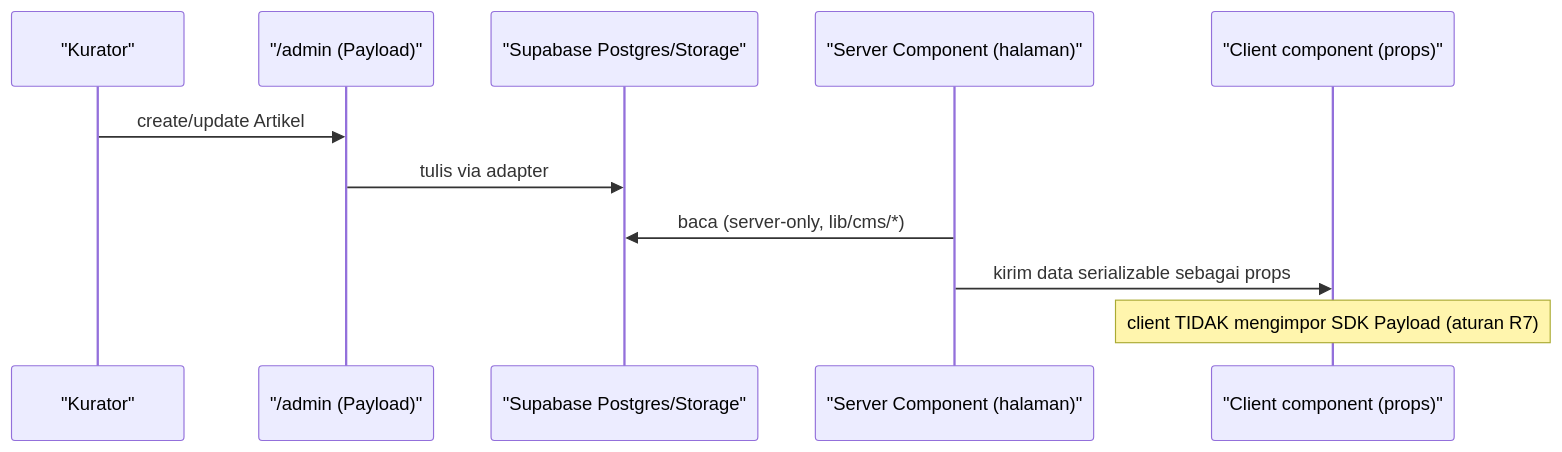
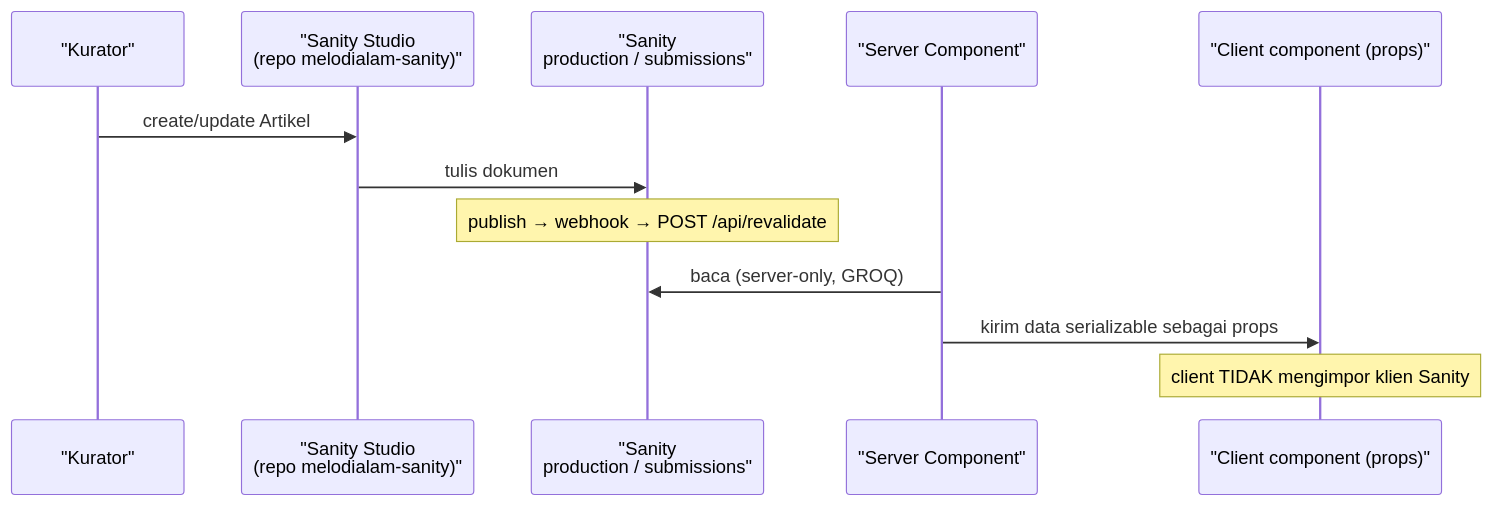
One commit to albiruby/melodialam-website changed the fifth of 5 diagrams in docs/FRONTEND-PLAN.md. Above: the diagram before and after it, drawn with Mermaid. The commit also changed other lines of this file and 23 other files, not shown here.

````diff
--- a/docs/FRONTEND-PLAN.md
+++ b/docs/FRONTEND-PLAN.md
@@ -608,14 +750,15 @@
 ```mermaid
 sequenceDiagram
   participant Cur as "Kurator"
-  participant Adm as "/admin (Payload)"
-  participant SB as "Supabase Postgres/Storage"
-  participant RSC as "Server Component (halaman)"
+  participant St as "Sanity Studio<br/>(repo melodialam-sanity)"
+  participant SN as "Sanity<br/>production / submissions"
+  participant RSC as "Server Component"
   participant CC as "Client component (props)"
 
-  Cur->>Adm: create/update Artikel
-  Adm->>SB: tulis via adapter
-  RSC->>SB: baca (server-only, lib/cms/*)
+  Cur->>St: create/update Artikel
+  St->>SN: tulis dokumen
+  Note over SN: publish → webhook → POST /api/revalidate
+  RSC->>SN: baca (server-only, GROQ)
   RSC->>CC: kirim data serializable sebagai props
-  Note over CC: client TIDAK mengimpor SDK Payload (aturan R7)
+  Note over CC: client TIDAK mengimpor klien Sanity
 ```
````
